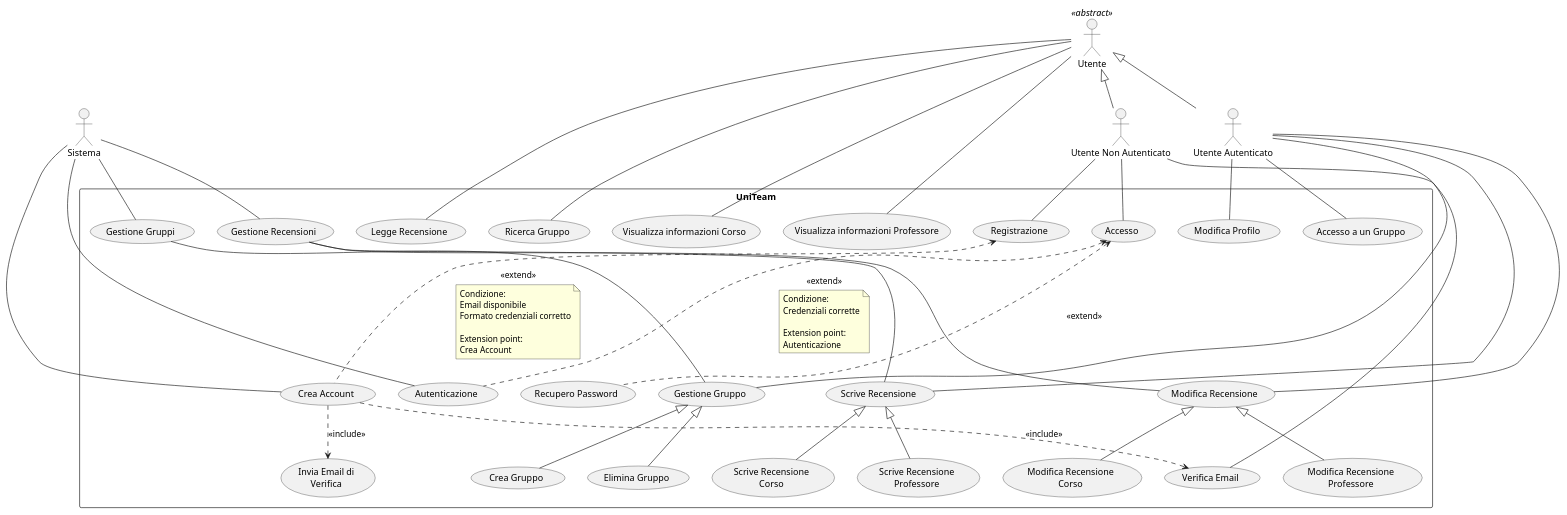
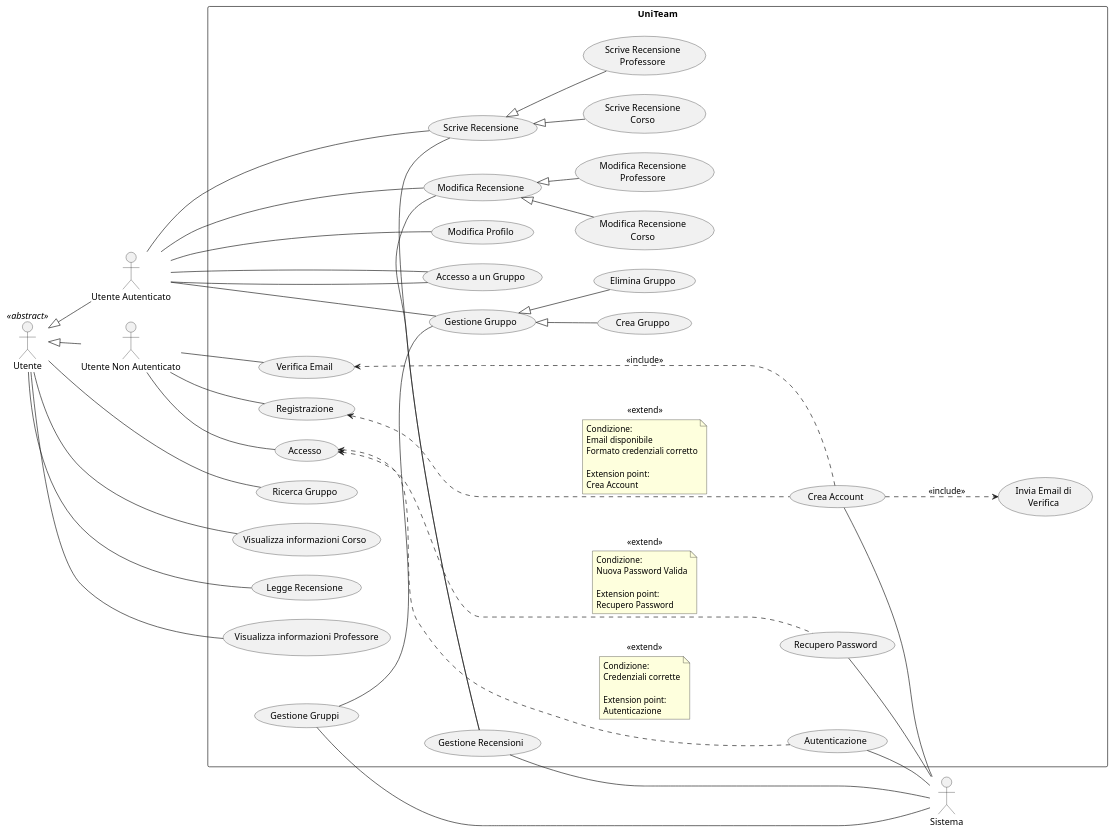
Before and after one commit to AndreaCremonesi4/UniTeam: the diagram in Diagrammi/UseCase.puml, drawn with PlantUML. The commit also changed other lines of this file and 5 other files, not shown here.

Commit message:
Updated Diagrams

```diff
--- a/Diagrammi/UseCase.puml
+++ b/Diagrammi/UseCase.puml
@@ -1,122 +1,135 @@
 @startuml UseCase
 
-'skinparam linetype polyline
-'skinparam linetype ortho
+left to right direction
+
+skinparam nodesep 30
+skinparam ranksep 50
 
 'Attori'
-actor Sistema
 together {
     actor "Utente" as Utente <<abstract>>
     actor "Utente Autenticato" as Utente_Autenticato
     actor "Utente Non Autenticato" as Utente_Non_Autenticato
 }
+actor Sistema
 
 rectangle UniTeam {
     'Use Case Sistema'
-    usecase Autenticazione
-    usecase "Crea Account" as Crea_Account
-    usecase "Invia Email di\\nVerifica" as Invia_Email_Verifica 
-    usecase "Recupero Password" as Recupero_Password
-    usecase "Gestione Gruppi" as Gestione_Gruppi
-    usecase "Gestione Recensioni" as Gestione_Recensioni
+    together {
+        usecase Autenticazione
+        usecase "Crea Account" as Crea_Account
+        usecase "Invia Email di\\nVerifica" as Invia_Email_Verifica 
+        usecase "Recupero Password" as Recupero_Password
+        usecase "Gestione Gruppi" as Gestione_Gruppi
+        usecase "Gestione Recensioni" as Gestione_Recensioni
+    }
 
     'Use Case Utente'
-    usecase "Legge Recensione" as Legge_Recensione
-    usecase "Ricerca Gruppo" as Ricerca_Gruppo
-    usecase "Visualizza informazioni Corso" as Visualizza_Info_Corso
-    usecase "Visualizza informazioni Professore" as Visualizza_Info_Professore
+    together {
+        usecase "Legge Recensione" as Legge_Recensione
+        usecase "Ricerca Gruppo" as Ricerca_Gruppo
+        usecase "Visualizza informazioni Corso" as Visualizza_Info_Corso
+        usecase "Visualizza informazioni Professore" as Visualizza_Info_Professore
+    }
 
     'Use Case Utente Non Autenticato'
-    usecase Accesso
-    usecase Registrazione
-    usecase "Verifica Email" as Verifica_Email
+    together {
+        usecase Accesso
+        usecase Registrazione
+        usecase "Verifica Email" as Verifica_Email
+    }
 
     'Use Case Utente Autenticato'
-    usecase "Modifica Profilo" as Modifica_Profilo
-    usecase "Crea Gruppo" as Crea_Gruppo
-    usecase "Accesso a un Gruppo" as Accesso_Gruppo 
-    usecase "Elimina Gruppo" as Elimina_Gruppo
-    usecase "Gestione Gruppo" as Gestione_Gruppo
-    usecase "Scrive Recensione" as Scrive_Recensione
-    usecase "Scrive Recensione\\nCorso" as Scrive_Recensione_Corso
-    usecase "Scrive Recensione\\nProfessore" as Scrive_Recensione_Professore
-    usecase "Modifica Recensione" as Modifica_Recensione
-    usecase "Modifica Recensione\\nCorso" as Modifica_Recensione_Corso
-    usecase "Modifica Recensione\\nProfessore" as Modifica_Recensione_Professore
+    together {
+        usecase "Modifica Profilo" as Modifica_Profilo
+        usecase "Crea Gruppo" as Crea_Gruppo
+        usecase "Accesso a un Gruppo" as Accesso_Gruppo 
+        usecase "Elimina Gruppo" as Elimina_Gruppo
+        usecase "Gestione Gruppo" as Gestione_Gruppo
+        usecase "Scrive Recensione" as Scrive_Recensione
+        usecase "Scrive Recensione\\nCorso" as Scrive_Recensione_Corso
+        usecase "Scrive Recensione\\nProfessore" as Scrive_Recensione_Professore
+        usecase "Modifica Recensione" as Modifica_Recensione
+        usecase "Modifica Recensione\\nCorso" as Modifica_Recensione_Corso
+        usecase "Modifica Recensione\\nProfessore" as Modifica_Recensione_Professore
+    }
 }
-
-'Utente'
+'----Relazioni di generalizzazione'
+'Tra attori'
 Utente <|-- Utente_Autenticato
 Utente <|-- Utente_Non_Autenticato
 
-'Registrazione'
-Sistema -- Crea_Account
-Crea_Account ..> Invia_Email_Verifica : <<include>>
+'Tra casi d'uso'
+Scrive_Recensione <|-- Scrive_Recensione_Corso
+Scrive_Recensione <|-- Scrive_Recensione_Professore
+Modifica_Recensione <|-- Modifica_Recensione_Corso
+Modifica_Recensione <|-- Modifica_Recensione_Professore
+Gestione_Gruppo <|-- Crea_Gruppo
+Gestione_Gruppo <|-- Elimina_Gruppo
+
+'----Relazione semplici tra casi d'uso'
+Gestione_Gruppi -- Gestione_Gruppo
+Gestione_Recensioni - Scrive_Recensione
+Gestione_Recensioni - Modifica_Recensione
+
+'----Relazioni di inclusione'
+Crea_Account ...> Invia_Email_Verifica : <<include>>
 Crea_Account ..> Verifica_Email: <<include>>
 
-Utente_Non_Autenticato -- Registrazione
-Registrazione <.. Crea_Account : <<extend>>
+'----Relazioni di estensione con extension point'
+Registrazione <..... Crea_Account : <<extend>>
 note on link
     Condizione: 
     Email disponibile
     Formato credenziali corretto
 
     Extension point: 
     Crea Account
 end note
 
-Utente_Non_Autenticato -- Verifica_Email
-
-
-'Accesso'
-Utente_Non_Autenticato -- Accesso
-Accesso <.. Autenticazione : <<extend>>
+Accesso <..... Autenticazione : <<extend>>
 note on link
     Condizione: 
     Credenziali corrette
 
     Extension point: 
     Autenticazione
 end note
 
-Accesso <.. Recupero_Password : <<extend>>
-Sistema -- Autenticazione
+Accesso <..... Recupero_Password : <<extend>>
+note on link
+    Condizione: 
+    Nuova Password Valida
 
-'Profilo'
-Utente_Autenticato -- Modifica_Profilo
-
-'Recensioni'
-Scrive_Recensione <|-- Scrive_Recensione_Corso
-Scrive_Recensione <|-- Scrive_Recensione_Professore
-Modifica_Recensione <|-- Modifica_Recensione_Corso
-Modifica_Recensione <|-- Modifica_Recensione_Professore
-
-Utente -- Legge_Recensione
-
-Utente_Autenticato -- Scrive_Recensione
-Utente_Autenticato -- Modifica_Recensione
-
-Sistema -- Gestione_Recensioni
-Gestione_Recensioni -- Scrive_Recensione
-Gestione_Recensioni -- Modifica_Recensione
-
-'Gruppi'
-Gestione_Gruppo <|-- Crea_Gruppo
-Gestione_Gruppo <|-- Elimina_Gruppo
-
-Sistema -- Gestione_Gruppi
-Utente_Autenticato -- Gestione_Gruppo
-Utente_Autenticato -- Accesso_Gruppo
-Utente -- Ricerca_Gruppo
-
-Gestione_Gruppi -- Gestione_Gruppo
+    Extension point: 
+    Recupero Password
+end note
 
 
-'Corsi'
-Utente -- Visualizza_Info_Corso
+'Utente'
+Utente - Legge_Recensione
+Utente - Ricerca_Gruppo
+Utente - Visualizza_Info_Corso
+Utente - Visualizza_Info_Professore
 
+'Sistema'
+Sistema -u- Autenticazione
+Sistema -u- Crea_Account
+Sistema -u- Gestione_Gruppi
+Sistema -u- Gestione_Recensioni
+Sistema -u- Recupero_Password
 
-'Professori'
-Utente -- Visualizza_Info_Professore
+'Utente Non Autenticato'
+Utente_Non_Autenticato -- Accesso
+Utente_Non_Autenticato -- Registrazione
+Utente_Non_Autenticato -- Verifica_Email
+
+'Utente Autenticato'
+Utente_Autenticato -- Accesso_Gruppo
+Utente_Autenticato -- Accesso_Gruppo
+Utente_Autenticato -- Gestione_Gruppo
+Utente_Autenticato -- Modifica_Profilo
+Utente_Autenticato -- Modifica_Recensione
+Utente_Autenticato -- Scrive_Recensione
 
 @enduml
```
